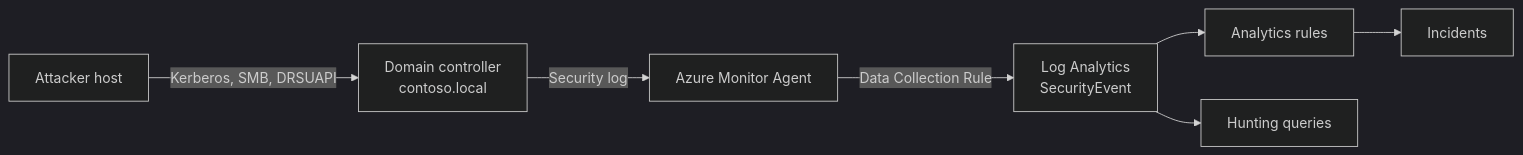
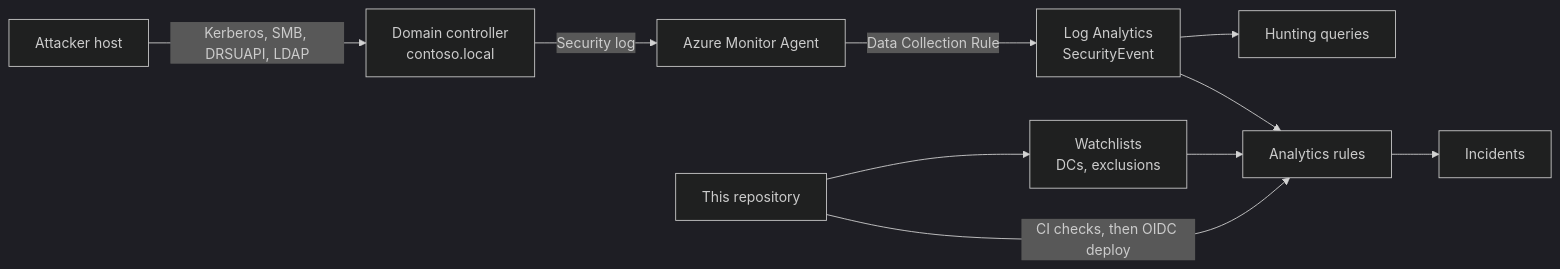
Before and after one commit to singh-adi5/Agent: the diagram in README.md, drawn with Mermaid (dark theme). The commit also changed other lines of this file and 15 other files, not shown here.

````diff
--- a/README.md
+++ b/README.md
@@ -34,9 +37,12 @@
 ```mermaid
 flowchart LR
-    ATT["Attacker host"] -- "Kerberos, SMB, DRSUAPI" --> DC["Domain controller<br/>contoso.local"]
+    ATT["Attacker host"] -- "Kerberos, SMB, DRSUAPI, LDAP" --> DC["Domain controller<br/>contoso.local"]
     DC -- "Security log" --> AMA["Azure Monitor Agent"]
     AMA -- "Data Collection Rule" --> LAW["Log Analytics<br/>SecurityEvent"]
+    WL["Watchlists<br/>DCs, exclusions"] --> RULES
     LAW --> RULES["Analytics rules"]
     LAW --> HUNT["Hunting queries"]
     RULES --> INC["Incidents"]
+    REPO["This repository"] -- "CI checks, then OIDC deploy" --> RULES
+    REPO --> WL
 ```
````
